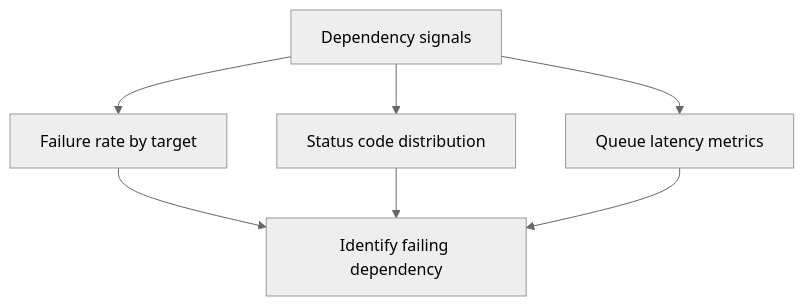
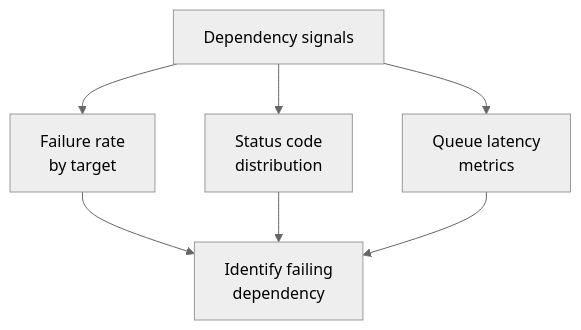
The diagram in docs/troubleshooting/kql/dependencies/index.md (yeongseon/azure-functions-practical-guide), drawn with Mermaid (neutral theme) before and after one commit. The commit also changed other lines of this file and 1 other file, not shown here.

Commit message:
docs(diagrams): migrate outbound dependency KQL query map (#426)
* docs(diagrams): migrate outbound dependency KQL query map

Wrap labels to improve mobile legibility without changing query navigation.
Add accessible naming and a reading takeaway; refresh only the owned record.

Refs #250

````diff
--- a/docs/troubleshooting/kql/dependencies/index.md
+++ b/docs/troubleshooting/kql/dependencies/index.md
@@ -23,9 +23,11 @@
 ```mermaid
 flowchart TD
-    A[Dependency signals] --> B[Failure rate by target]
-    A --> C[Status code distribution]
-    A --> D[Queue latency metrics]
-    B --> E[Identify failing dependency]
+    accTitle: Dependency query navigation map
+    accDescr: Dependency signals branch into failure rate by target, status code distribution, and queue latency metrics; all three views lead to identifying a failing dependency. Arrows group query views, not proof of a root cause.
+    A[Dependency signals] --> B[Failure rate<br/>by target]
+    A --> C[Status code<br/>distribution]
+    A --> D[Queue latency<br/>metrics]
+    B --> E[Identify failing<br/>dependency]
     C --> E
     D --> E
 ```
````
